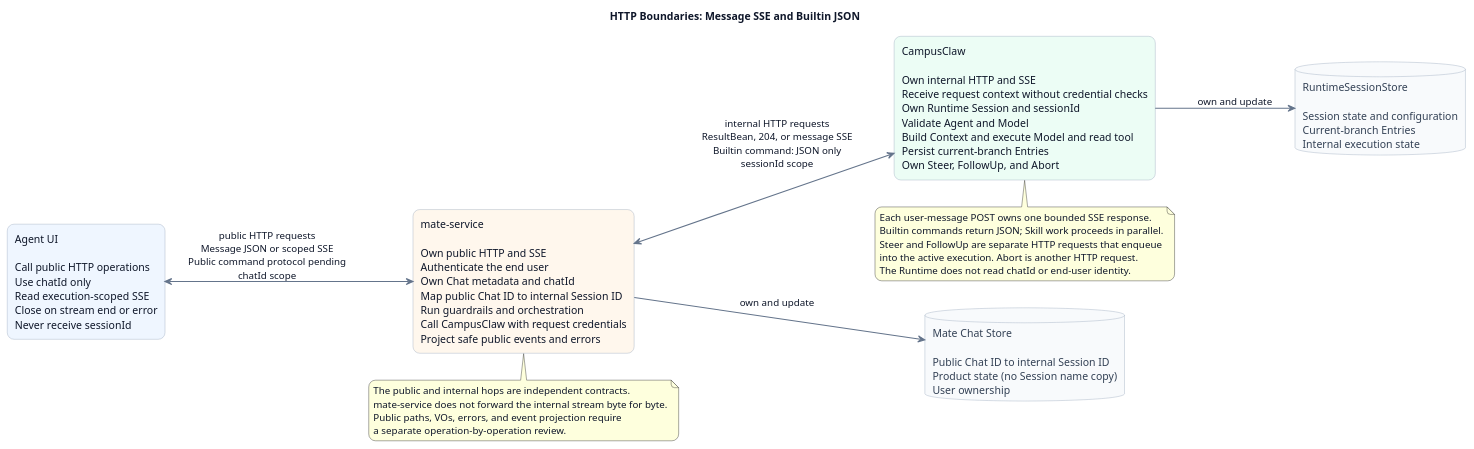
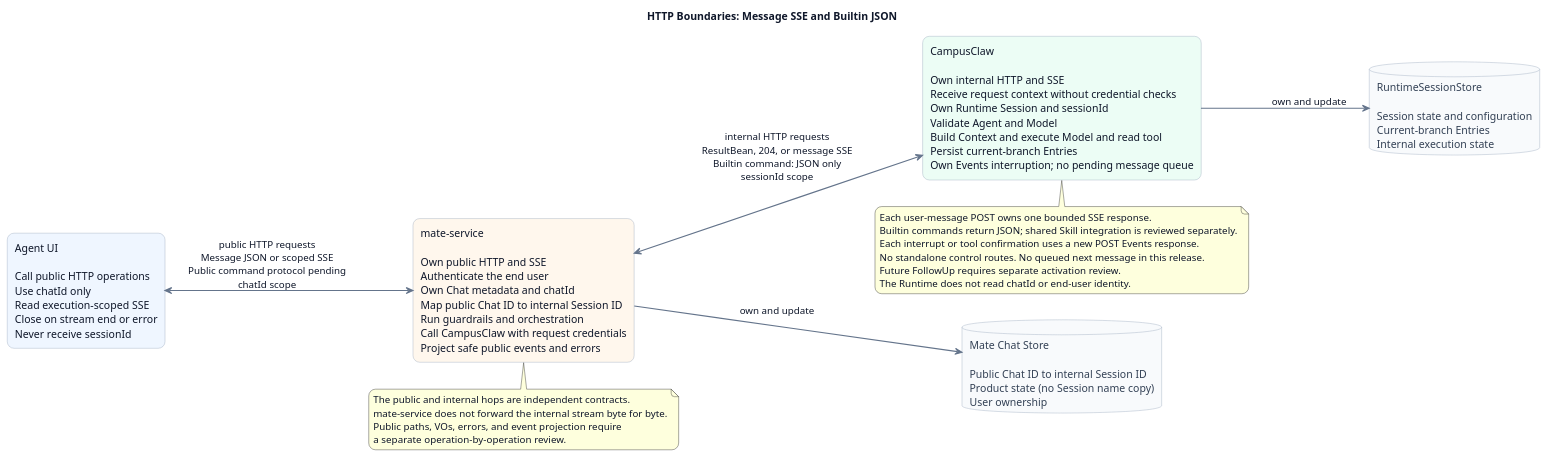
One commit to ssm0808/pi-mono-java-design changed the diagram in 01-总体架构/01-CampusClaw多Agent运行时/设计图/服务边界/diagram.puml. Above: the diagram before and after it, drawn with PlantUML. The commit also changed 46 other files, not shown here.

Commit message:
docs(runtime): 退役独立控制接口并记录未来 FollowUp 设计

```diff
--- a/01-总体架构/01-CampusClaw多Agent运行时/设计图/服务边界/diagram.puml
+++ b/01-总体架构/01-CampusClaw多Agent运行时/设计图/服务边界/diagram.puml
@@ -1,62 +1,63 @@
 @startuml mate_agent_service_responsibility_boundary
 title HTTP Boundaries: Message SSE and Builtin JSON
 
 ' Source evidence (pi-mono-java 1f801dbb82bdda30478e3354e685e3153b179a0c):
 ' modules/coding-agent-cli/src/main/java/com/campusclaw/codingagent/runtimeapi/web/RuntimeEventController.java.
 ' modules/coding-agent-cli/src/main/java/com/campusclaw/codingagent/runtimeapi/event/RuntimeEventService.java.
 ' Observed behavior: the CampusClaw internal HTTP POST returns execution-scoped SSE without a public WebSocket path.
 ' Target-only design: the mate-service public HTTP contract and its SSE projection are not implemented in this repository.
 ' Architecture change: both hops use HTTP request-response, message responses stream SSE; Runtime Builtin commands return JSON.
 ' Product constraint: the UI receives chatId only; sessionId remains an internal Runtime identifier.
 ' Security hardening: mate-service terminates public auth and projects internal events instead of forwarding bytes transparently.
 ' Design reason: keep user-facing Chat lifecycle separate from durable Runtime Session identity and execution.
 
 skinparam backgroundColor #FFFFFF
 skinparam shadowing false
 skinparam roundcorner 18
 skinparam defaultFontName Arial
 skinparam defaultFontColor #0F172A
 skinparam ArrowColor #64748B
 skinparam ArrowThickness 1.5
 skinparam rectangle {
   BorderColor #94A3B8
   FontColor #0F172A
 }
 skinparam database {
   BorderColor #94A3B8
   BackgroundColor #F8FAFC
   FontColor #334155
 }
 
 left to right direction
 
 rectangle "Agent UI\n\nCall public HTTP operations\nUse chatId only\nRead execution-scoped SSE\nClose on stream end or error\nNever receive sessionId" as UI #EFF6FF
 
 rectangle "mate-service\n\nOwn public HTTP and SSE\nAuthenticate the end user\nOwn Chat metadata and chatId\nMap public Chat ID to internal Session ID\nRun guardrails and orchestration\nCall CampusClaw with request credentials\nProject safe public events and errors" as Mate #FFF7ED
 
-rectangle "CampusClaw\n\nOwn internal HTTP and SSE\nReceive request context without credential checks\nOwn Runtime Session and sessionId\nValidate Agent and Model\nBuild Context and execute Model and read tool\nPersist current-branch Entries\nOwn Steer, FollowUp, and Abort" as Runtime #ECFDF5
+rectangle "CampusClaw\n\nOwn internal HTTP and SSE\nReceive request context without credential checks\nOwn Runtime Session and sessionId\nValidate Agent and Model\nBuild Context and execute Model and read tool\nPersist current-branch Entries\nOwn Events interruption; no pending message queue" as Runtime #ECFDF5
 
 database "Mate Chat Store\n\nPublic Chat ID to internal Session ID\nProduct state (no Session name copy)\nUser ownership" as MateStore
 
 database "RuntimeSessionStore\n\nSession state and configuration\nCurrent-branch Entries\nInternal execution state" as RuntimeStore
 
 UI <--> Mate : public HTTP requests\nMessage JSON or scoped SSE\nPublic command protocol pending\nchatId scope
 Mate <--> Runtime : internal HTTP requests\nResultBean, 204, or message SSE\nBuiltin command: JSON only\nsessionId scope
 Mate --> MateStore : own and update
 Runtime --> RuntimeStore : own and update
 
 note bottom of Mate
 The public and internal hops are independent contracts.
 mate-service does not forward the internal stream byte for byte.
 Public paths, VOs, errors, and event projection require
 a separate operation-by-operation review.
 end note
 
 note bottom of Runtime
 Each user-message POST owns one bounded SSE response.
-Builtin commands return JSON; Skill work proceeds in parallel.
-Steer and FollowUp are separate HTTP requests that enqueue
-into the active execution. Abort is another HTTP request.
+Builtin commands return JSON; shared Skill integration is reviewed separately.
+Each interrupt or tool confirmation uses a new POST Events response.
+No standalone control routes. No queued next message in this release.
+Future FollowUp requires separate activation review.
 The Runtime does not read chatId or end-user identity.
 end note
 @enduml
```
